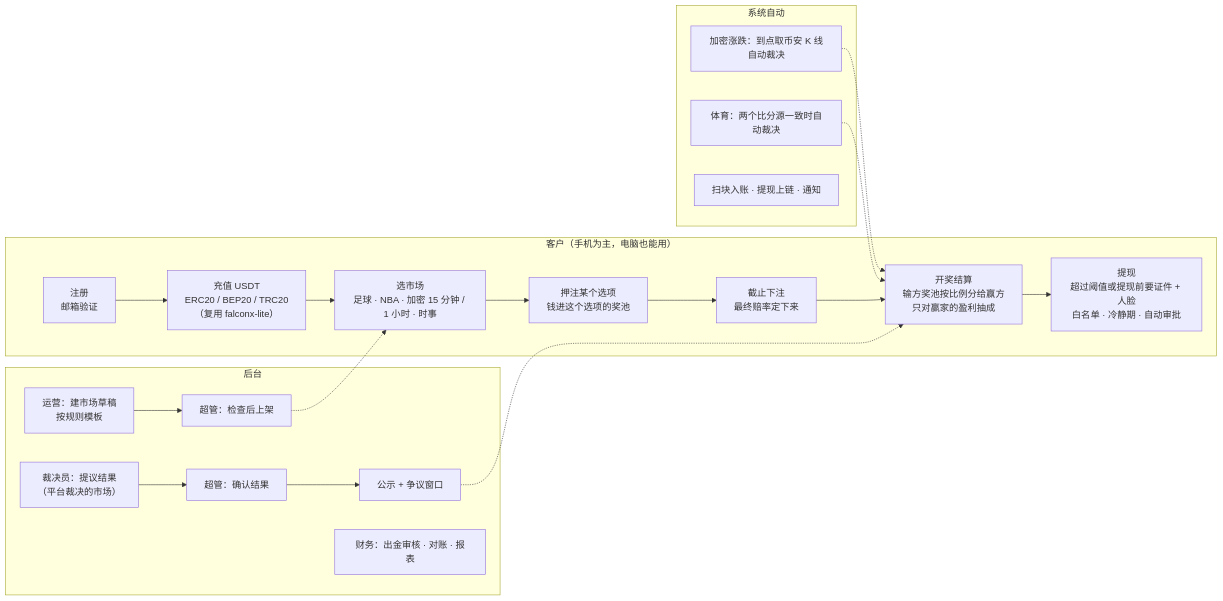
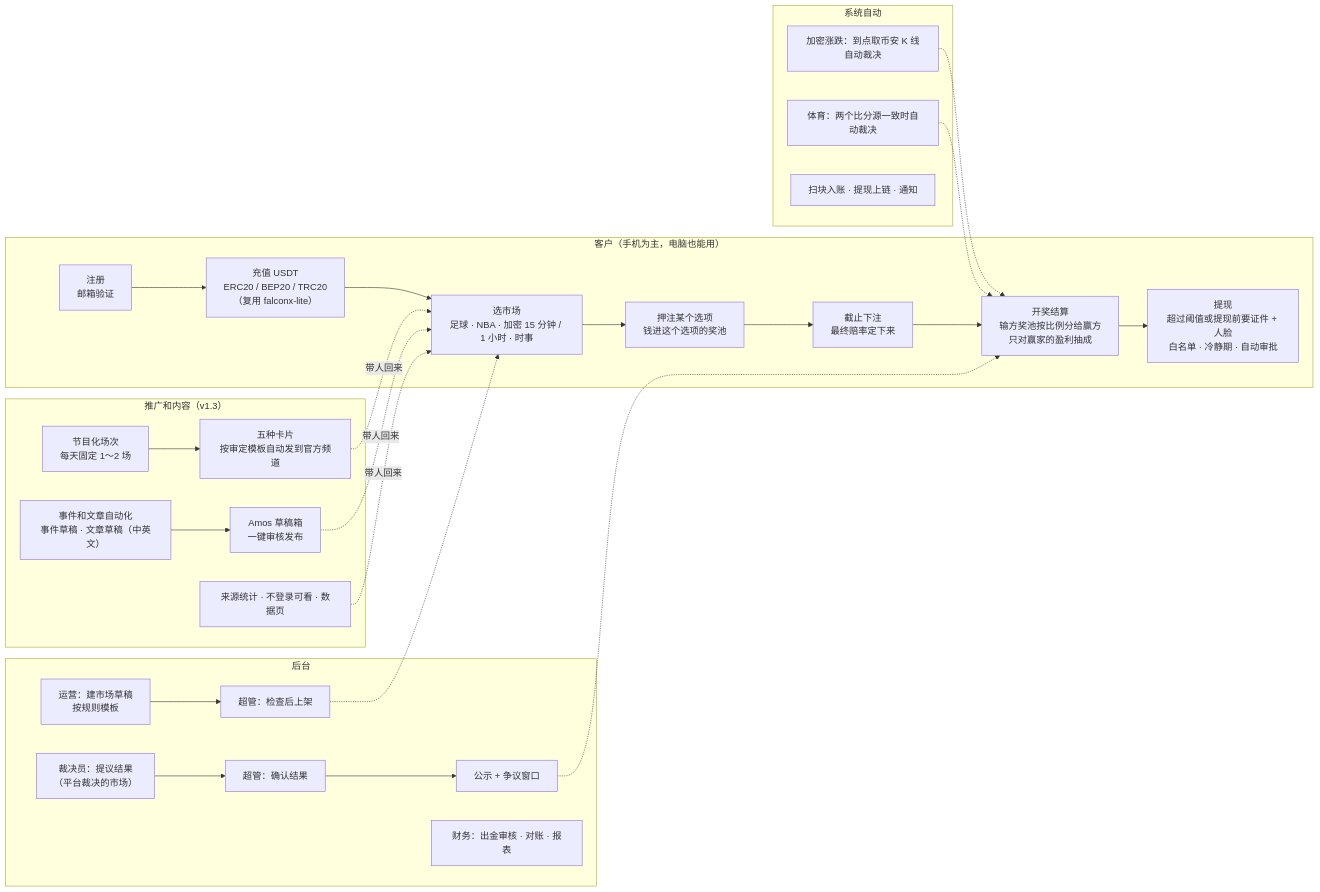
One commit to dollar3651314/forecast changed the first of 9 diagrams in 需求文档/v1-需求说明书.md. Above: the diagram before and after it, drawn with Mermaid. The commit also changed other lines of this file and 6 other files, not shown here.

````diff
--- a/需求文档/v1-需求说明书.md
+++ b/需求文档/v1-需求说明书.md
@@ -28,25 +33,31 @@
 ```mermaid
 flowchart LR
     subgraph C["客户（手机为主，电脑也能用）"]
         C1["注册<br/>邮箱验证"] --> C2["充值 USDT<br/>ERC20 / BEP20 / TRC20<br/>（复用 falconx-lite）"]
         C2 --> C3["选市场<br/>足球 · NBA · 加密 15 分钟 / 1 小时 · 时事"]
         C3 --> C4["押注某个选项<br/>钱进这个选项的奖池"]
         C4 --> C5["截止下注<br/>最终赔率定下来"]
         C5 --> C6["开奖结算<br/>输方奖池按比例分给赢方<br/>只对赢家的盈利抽成"]
         C6 --> C7["提现<br/>超过阈值或提现前要证件 + 人脸<br/>白名单 · 冷静期 · 自动审批"]
     end
     subgraph O["后台"]
         O1["运营：建市场草稿<br/>按规则模板"] --> O2["超管：检查后上架"]
         O3["裁决员：提议结果<br/>（平台裁决的市场）"] --> O4["超管：确认结果"]
         O4 --> O5["公示 + 争议窗口"]
         O6["财务：出金审核 · 对账 · 报表"]
     end
     subgraph S["系统自动"]
         S1["加密涨跌：到点取币安 K 线自动裁决"]
         S2["体育：两个比分源一致时自动裁决"]
         S3["扫块入账 · 提现上链 · 通知"]
     end
+    subgraph G["推广和内容（v1.3）"]
+        G1["节目化场次<br/>每天固定 1～2 场"] --> G2["五种卡片<br/>按审定模板自动发到官方频道"]
+        G3["事件和文章自动化<br/>事件草稿 · 文章草稿（中英文）"] --> G4["Amos 草稿箱<br/>一键审核发布"]
+        G5["来源统计 · 不登录可看 · 数据页"]
+    end
     O2 -.-> C3
     S1 & S2 -.-> C6
     O5 -.-> C6
+    G2 & G4 & G5 -.->|"带人回来"| C3
 ```
````
